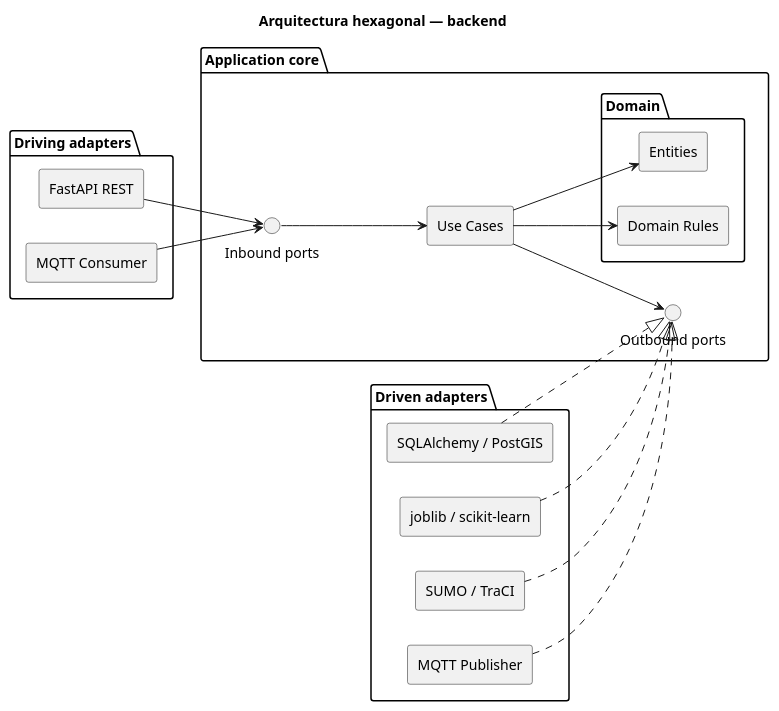
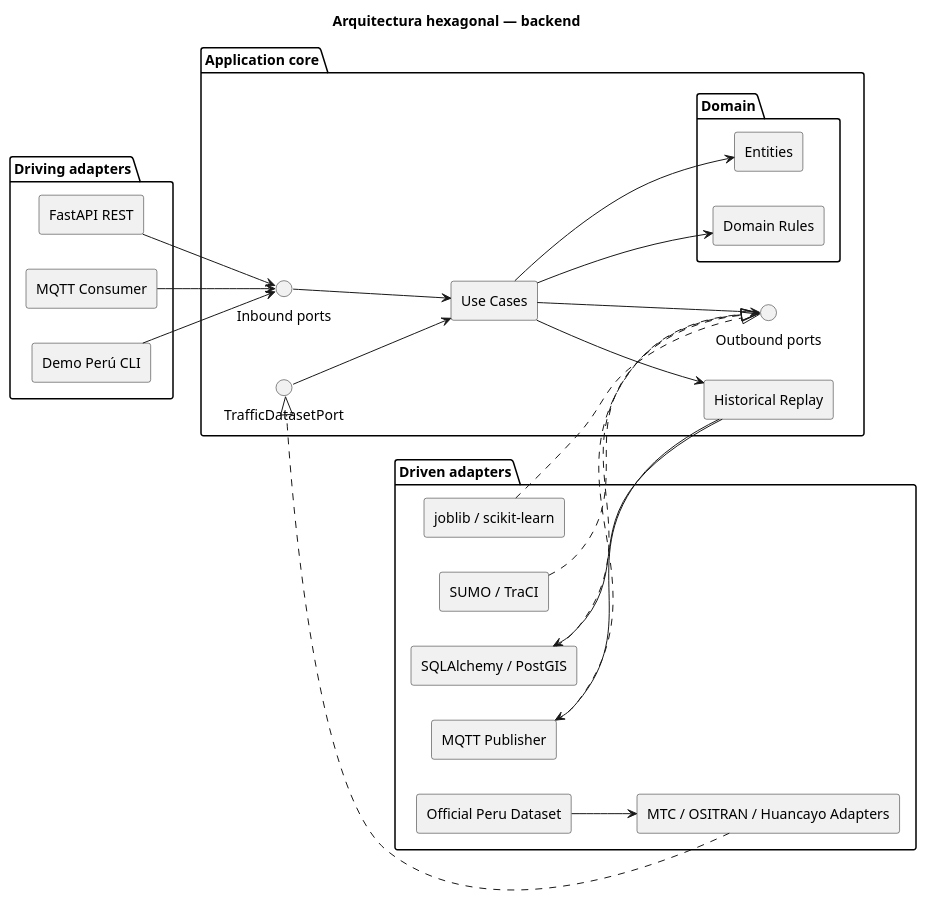
One commit to Dewis2/Gemelos changed the diagram in docs/architecture/hexagonal-architecture.puml. Above: the diagram before and after it, drawn with PlantUML. The commit also changed other lines of this file and 75 other files, not shown here.

Commit message:
feat: implement hexagonal frontend and Peru demo

```diff
--- a/docs/architecture/hexagonal-architecture.puml
+++ b/docs/architecture/hexagonal-architecture.puml
@@ -1,36 +1,48 @@
 @startuml
 title Arquitectura hexagonal — backend
 skinparam componentStyle rectangle
 left to right direction
 
 package "Driving adapters" {
   [FastAPI REST] as api
   [MQTT Consumer] as consumer
+  [Demo Perú CLI] as cli
 }
 package "Application core" {
   interface "Inbound ports" as inbound
   [Use Cases] as usecases
+  [Historical Replay] as replay
+  interface "TrafficDatasetPort" as datasetport
   interface "Outbound ports" as outbound
   package Domain {
     [Entities]
     [Domain Rules]
   }
 }
 package "Driven adapters" {
+  [Official Peru Dataset] as official
+  [MTC / OSITRAN / Huancayo Adapters] as datasetadapters
   [SQLAlchemy / PostGIS] as db
   [joblib / scikit-learn] as ml
   [SUMO / TraCI] as sumo
   [MQTT Publisher] as publisher
 }
 
 api --> inbound
 consumer --> inbound
+cli --> inbound
 inbound --> usecases
+official --> datasetadapters
+datasetadapters ..|> datasetport
+datasetport --> usecases
+usecases --> replay
+replay --> publisher
+replay --> db
 usecases --> [Entities]
 usecases --> [Domain Rules]
 usecases --> outbound
 db ..|> outbound
 ml ..|> outbound
 sumo ..|> outbound
 publisher ..|> outbound
 @enduml
```
